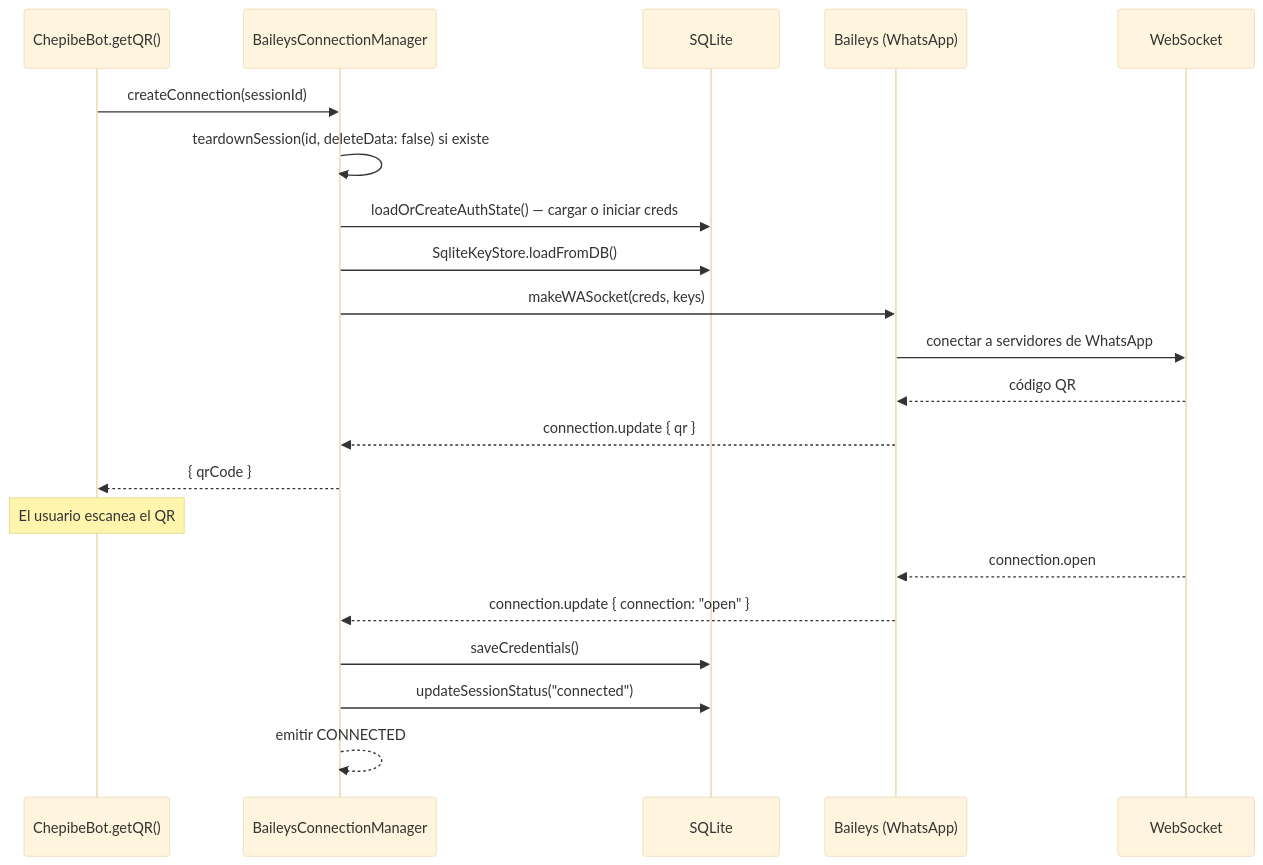
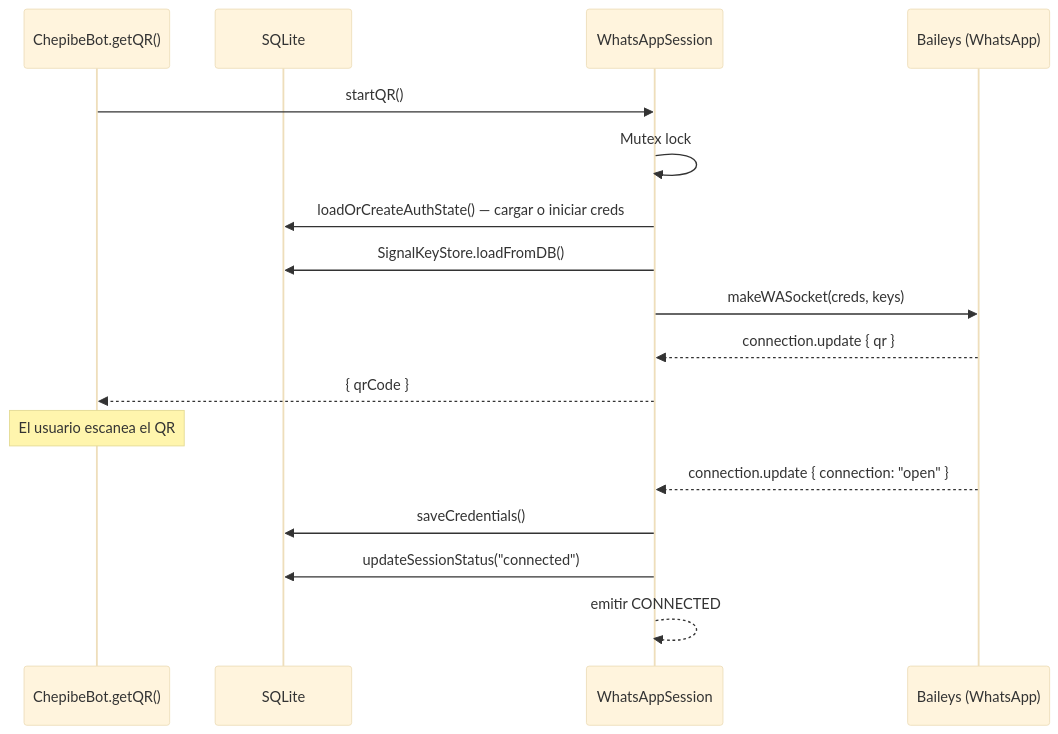
The third of 9 diagrams in docs/whatsapp-session-lifecycle.md (Fibra-Labs/chepibe-personal), drawn with Mermaid (base theme) before and after one commit. The commit also changed other lines of this file and 41 other files, not shown here.

First line of the commit message:
refactor(types): SessionStatus enum, Baileys namespace, StateMachineAction

````diff
--- a/docs/whatsapp-session-lifecycle.md
+++ b/docs/whatsapp-session-lifecycle.md
@@ -85,24 +84,20 @@
 ```mermaid
 sequenceDiagram
     participant BOT as ChepibeBot.getQR()
-    participant MGR as BaileysConnectionManager
     participant DB as SQLite
+    participant WS as WhatsAppSession
     participant BA as Baileys (WhatsApp)
-    participant WS as WebSocket
 
-    BOT->>MGR: createConnection(sessionId)
-    MGR->>MGR: teardownSession(id, deleteData: false) si existe
-    MGR->>DB: loadOrCreateAuthState() — cargar o iniciar creds
-    MGR->>DB: SqliteKeyStore.loadFromDB()
-    MGR->>BA: makeWASocket(creds, keys)
-    BA->>WS: conectar a servidores de WhatsApp
-    WS-->>BA: código QR
-    BA-->>MGR: connection.update { qr }
-    MGR-->>BOT: { qrCode }
+    BOT->>WS: startQR()
+    WS->>WS: Mutex lock
+    WS->>DB: loadOrCreateAuthState() — cargar o iniciar creds
+    WS->>DB: SignalKeyStore.loadFromDB()
+    WS->>BA: makeWASocket(creds, keys)
+    BA-->>WS: connection.update { qr }
+    WS-->>BOT: { qrCode }
     Note over BOT: El usuario escanea el QR
-    WS-->>BA: connection.open
-    BA-->>MGR: connection.update { connection: "open" }
-    MGR->>DB: saveCredentials()
-    MGR->>DB: updateSessionStatus("connected")
-    MGR-->>MGR: emitir CONNECTED
+    BA-->>WS: connection.update { connection: "open" }
+    WS->>DB: saveCredentials()
+    WS->>DB: updateSessionStatus("connected")
+    WS-->>WS: emitir CONNECTED
 ```
````
